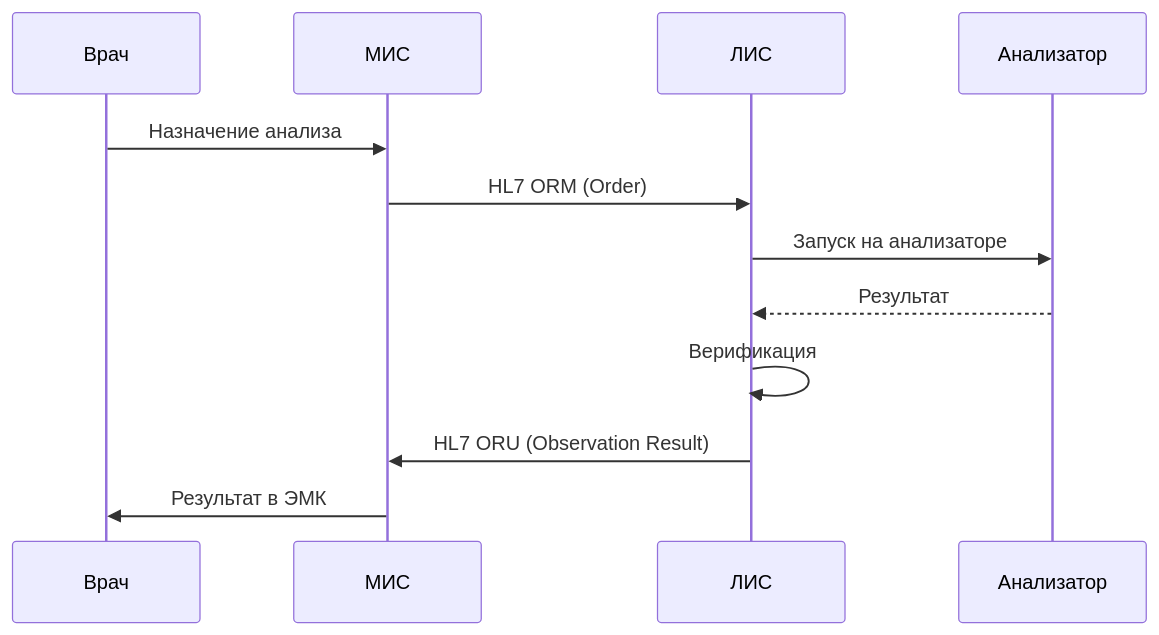
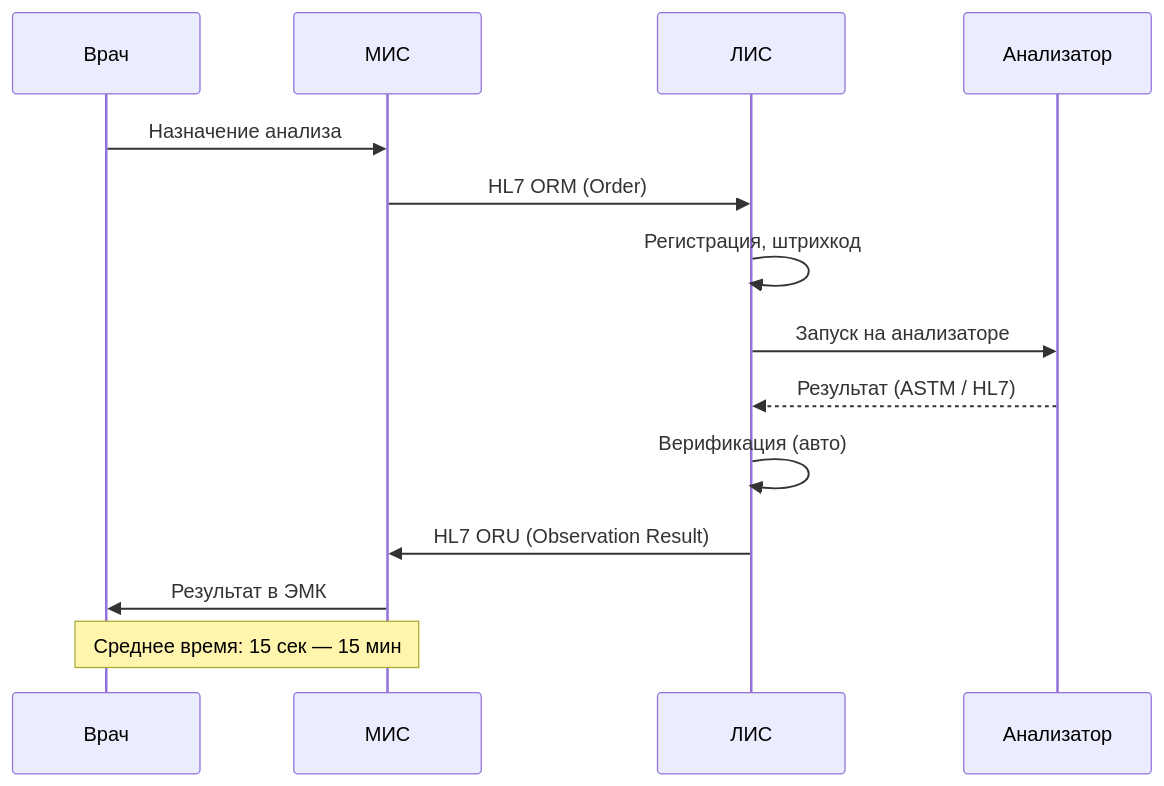
The second of 2 diagrams in docs/specialization/medtech-lis.md (sergeyodnoval-bot/sysanalyst-kb.github.io), drawn with Mermaid before and after one commit. The commit also changed other lines of this file and 13 other files, not shown here.

````diff
--- a/docs/specialization/medtech-lis.md
+++ b/docs/specialization/medtech-lis.md
@@ -34,15 +59,17 @@
 ```mermaid
 sequenceDiagram
     participant D as Врач
     participant M as МИС
     participant L as ЛИС
     participant A as Анализатор
 
     D->>M: Назначение анализа
     M->>L: HL7 ORM (Order)
+    L->>L: Регистрация, штрихкод
     L->>A: Запуск на анализаторе
-    A-->>L: Результат
-    L->>L: Верификация
+    A-->>L: Результат (ASTM / HL7)
+    L->>L: Верификация (авто)
     L->>M: HL7 ORU (Observation Result)
     M->>D: Результат в ЭМК
+    Note over D,M: Среднее время: 15 сек — 15 мин
 ```
````
